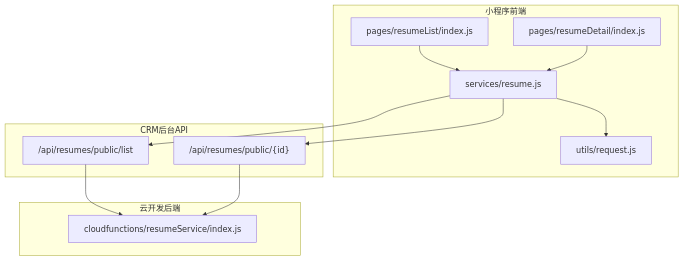
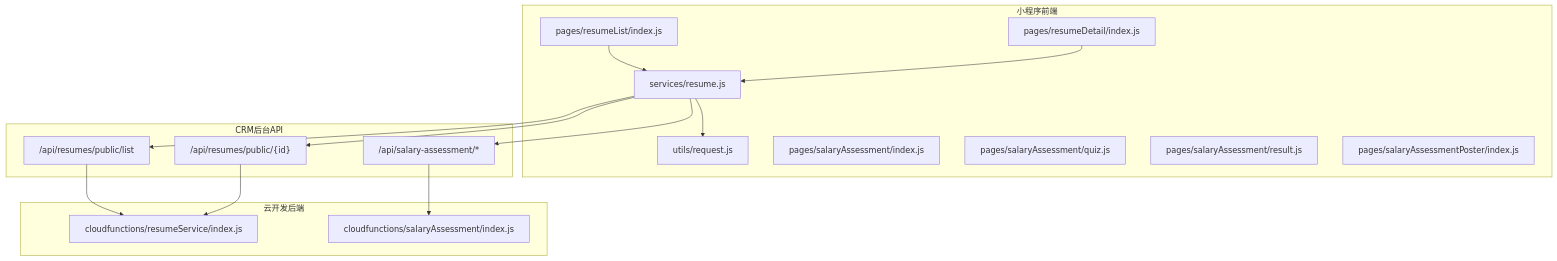
Before and after one commit to sunxuebo91/-: the first of 7 diagrams in .qoder/repowiki/zh/content/核心功能/简历系统/简历系统.md, drawn with Mermaid. The commit also changed other lines of this file and 123 other files, not shown here.

````diff
--- a/.qoder/repowiki/zh/content/核心功能/简历系统/简历系统.md
+++ b/.qoder/repowiki/zh/content/核心功能/简历系统/简历系统.md
@@ -45,23 +63,31 @@
 ```mermaid
 graph TB
 subgraph "小程序前端"
 A["pages/resumeList/index.js"]
 B["pages/resumeDetail/index.js"]
 C["services/resume.js"]
 D["utils/request.js"]
+E["pages/salaryAssessment/index.js"]
+F["pages/salaryAssessment/quiz.js"]
+G["pages/salaryAssessment/result.js"]
+H["pages/salaryAssessmentPoster/index.js"]
 end
 subgraph "云开发后端"
-E["cloudfunctions/resumeService/index.js"]
+I["cloudfunctions/resumeService/index.js"]
+J["cloudfunctions/salaryAssessment/index.js"]
 end
 subgraph "CRM后台API"
-F["/api/resumes/public/list"]
-G["/api/resumes/public/{id}"]
+K["/api/resumes/public/list"]
+L["/api/resumes/public/{id}"]
+M["/api/salary-assessment/*"]
 end
 A --> C
 B --> C
 C --> D
-C --> F
-C --> G
-F --> E
-G --> E
+C --> K
+C --> L
+C --> M
+K --> I
+L --> I
+M --> J
 ```
````
